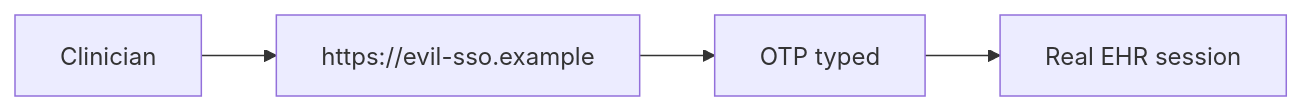
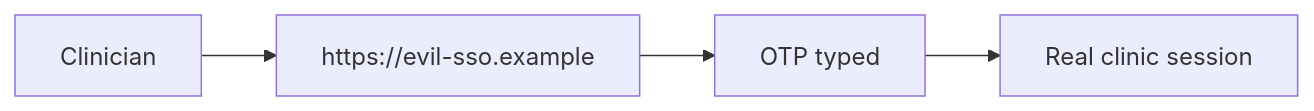
The diagram in content/modules/4/4.2/lessons/07-transfer.md (ishitvagoel/LearnSecurity), drawn with Mermaid before and after one commit. The commit also changed other lines of this file and 39 other files, not shown here.

````diff
--- a/content/modules/4/4.2/lessons/07-transfer.md
+++ b/content/modules/4/4.2/lessons/07-transfer.md
@@ -26,6 +25,6 @@
 ```mermaid
 flowchart LR
   Staff[Clinician] --> Fake["https://evil-sso.example"]
   Fake --> Otp[OTP typed]
-  Otp --> Real["Real EHR session"]
+  Otp --> Real["Real clinic session"]
 ```
````
